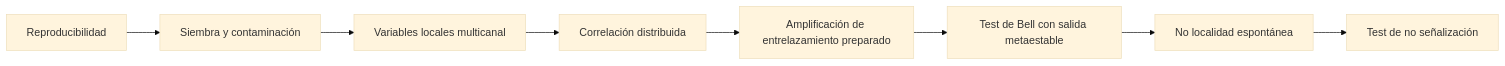
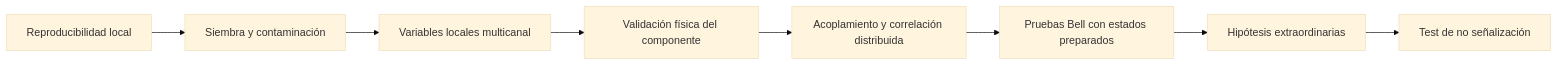
The diagram in README.md (Papishushi/metastable-nucleation-suite), drawn with Mermaid (base theme) before and after one commit. The commit also changed other lines of this file and 5 other files, not shown here.

````diff
--- a/README.md
+++ b/README.md
@@ -153,10 +200,10 @@
 ```mermaid
 flowchart LR
-    A[Reproducibilidad] --> B[Siembra y contaminación]
+    A[Reproducibilidad local] --> B[Siembra y contaminación]
     B --> C[Variables locales multicanal]
-    C --> D[Correlación distribuida]
-    D --> E[Amplificación de entrelazamiento preparado]
-    E --> F[Test de Bell con salida metaestable]
-    F --> G[No localidad espontánea]
+    C --> D[Validación física del componente]
+    D --> E[Acoplamiento y correlación distribuida]
+    E --> F[Pruebas Bell con estados preparados]
+    F --> G[Hipótesis extraordinarias]
     G --> H[Test de no señalización]
 ```
````
